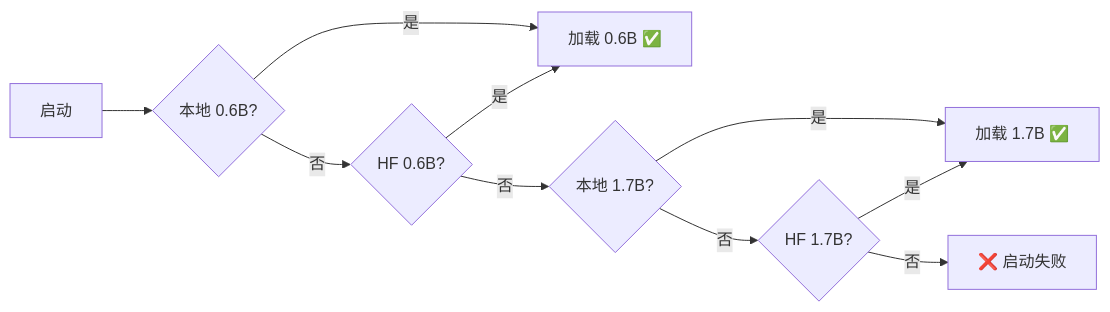
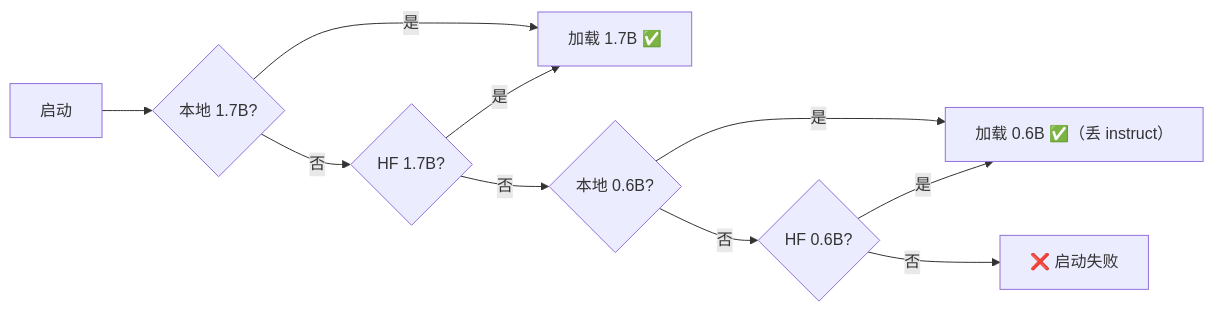
Before and after one commit to pudaa/MemoryServerTTS: diagram 12 of 12 in docs/PROJECT_DOCUMENTATION.md, drawn with Mermaid. The commit also changed other lines of this file and 17 other files, not shown here.

````diff
--- a/docs/PROJECT_DOCUMENTATION.md
+++ b/docs/PROJECT_DOCUMENTATION.md
@@ -1455,12 +1552,12 @@
 ```mermaid
 flowchart LR
-    A["启动"] --> B{"本地 0.6B?"}
-    B -->|是| C["加载 0.6B ✅"]
-    B -->|否| D{"HF 0.6B?"}
+    A["启动"] --> B{"本地 1.7B?"}
+    B -->|是| C["加载 1.7B ✅"]
+    B -->|否| D{"HF 1.7B?"}
     D -->|是| C
-    D -->|否| E{"本地 1.7B?"}
-    E -->|是| F["加载 1.7B ✅"]
-    E -->|否| G{"HF 1.7B?"}
+    D -->|否| E{"本地 0.6B?"}
+    E -->|是| F["加载 0.6B ✅（丢 instruct）"]
+    E -->|否| G{"HF 0.6B?"}
     G -->|是| F
     G -->|否| H["❌ 启动失败"]
 ```
````
